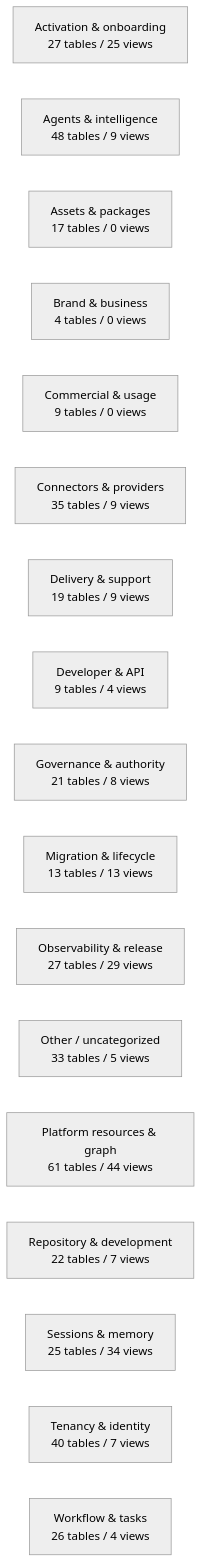
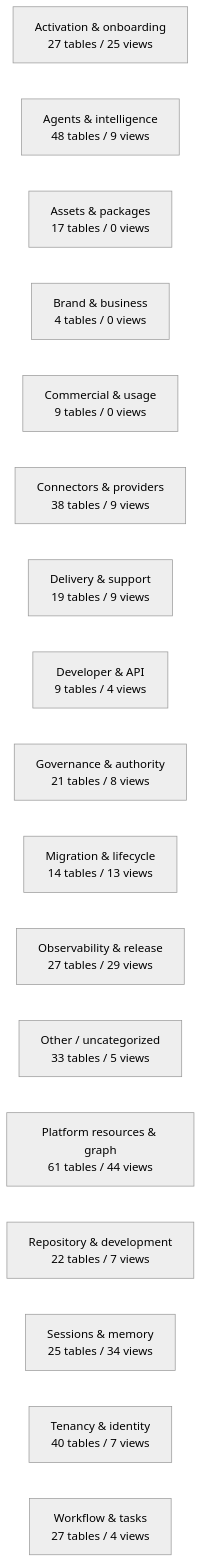
Before and after one commit to mad4bdigital-ai/multi-business-multi-role-growth-intelligence-os: the diagram in docs/work-maps/data-model-domain-map.md, drawn with Mermaid (neutral theme). The commit also changed other lines of this file and 2 other files, not shown here.

````diff
--- a/docs/work-maps/data-model-domain-map.md
+++ b/docs/work-maps/data-model-domain-map.md
@@ -9,20 +9,20 @@
 ```mermaid
 flowchart LR
   n_Activation___onboarding["Activation & onboarding<br/>27 tables / 25 views"]
   n_Agents___intelligence["Agents & intelligence<br/>48 tables / 9 views"]
   n_Assets___packages["Assets & packages<br/>17 tables / 0 views"]
   n_Brand___business["Brand & business<br/>4 tables / 0 views"]
   n_Commercial___usage["Commercial & usage<br/>9 tables / 0 views"]
-  n_Connectors___providers["Connectors & providers<br/>35 tables / 9 views"]
+  n_Connectors___providers["Connectors & providers<br/>38 tables / 9 views"]
   n_Delivery___support["Delivery & support<br/>19 tables / 9 views"]
   n_Developer___API["Developer & API<br/>9 tables / 4 views"]
   n_Governance___authority["Governance & authority<br/>21 tables / 8 views"]
-  n_Migration___lifecycle["Migration & lifecycle<br/>13 tables / 13 views"]
+  n_Migration___lifecycle["Migration & lifecycle<br/>14 tables / 13 views"]
   n_Observability___release["Observability & release<br/>27 tables / 29 views"]
   n_Other___uncategorized["Other / uncategorized<br/>33 tables / 5 views"]
   n_Platform_resources___graph["Platform resources & graph<br/>61 tables / 44 views"]
   n_Repository___development["Repository & development<br/>22 tables / 7 views"]
   n_Sessions___memory["Sessions & memory<br/>25 tables / 34 views"]
   n_Tenancy___identity["Tenancy & identity<br/>40 tables / 7 views"]
-  n_Workflow___tasks["Workflow & tasks<br/>26 tables / 4 views"]
+  n_Workflow___tasks["Workflow & tasks<br/>27 tables / 4 views"]
 ```
````
